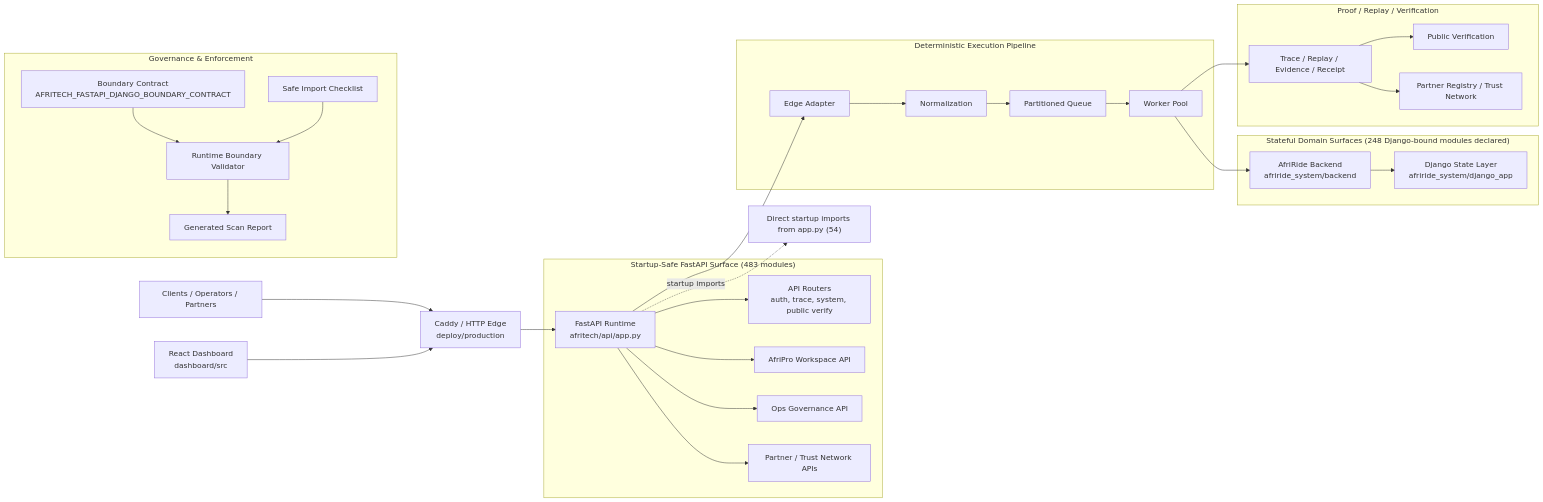
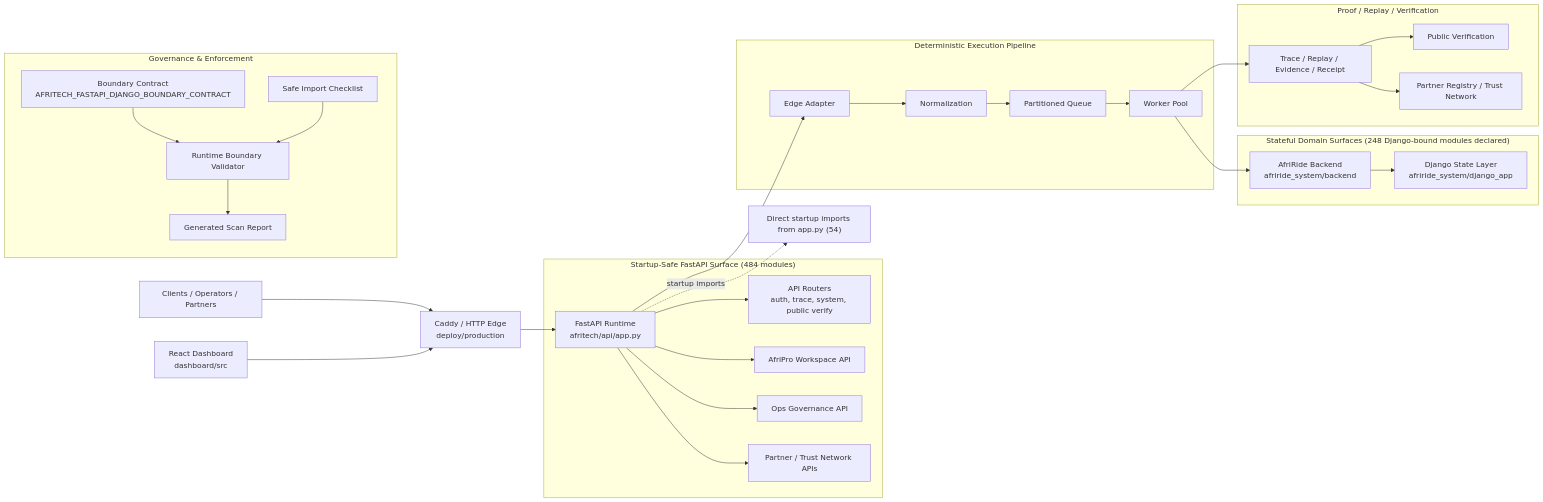
The first of 2 diagrams in docs/architecture/AFRITECH_FULL_ARCHITECTURE_GRAPH.md (Strelly2023/afritelematics), drawn with Mermaid before and after one commit. The commit also changed other lines of this file and 7 other files, not shown here.

Commit message:
Centralize NovaRide architecture contract

````diff
--- a/docs/architecture/AFRITECH_FULL_ARCHITECTURE_GRAPH.md
+++ b/docs/architecture/AFRITECH_FULL_ARCHITECTURE_GRAPH.md
@@ -22,39 +22,39 @@
 ```mermaid
 flowchart LR
     Client["Clients / Operators / Partners"] --> Edge["Caddy / HTTP Edge\ndeploy/production"]
     Dashboard["React Dashboard\ndashboard/src"] --> Edge
     Edge --> App["FastAPI Runtime\nafritech/api/app.py"]
 
-    subgraph FastAPI["Startup-Safe FastAPI Surface (483 modules)"]
+    subgraph FastAPI["Startup-Safe FastAPI Surface (484 modules)"]
         App --> Api["API Routers\nauth, trace, system, public verify"]
         App --> Workspace["AfriPro Workspace API"]
         App --> Governance["Ops Governance API"]
         App --> Trust["Partner / Trust Network APIs"]
     end
 
     subgraph Pipeline["Deterministic Execution Pipeline"]
         App --> Adapt["Edge Adapter"]
         Adapt --> Normalize["Normalization"]
         Normalize --> Queue["Partitioned Queue"]
         Queue --> Worker["Worker Pool"]
     end
 
     subgraph State["Stateful Domain Surfaces (248 Django-bound modules declared)"]
         Worker --> Domain["AfriRide Backend\nafriride_system/backend"]
         Domain --> Django["Django State Layer\nafriride_system/django_app"]
     end
 
     subgraph Proof["Proof / Replay / Verification"]
         Worker --> Trace["Trace / Replay / Evidence / Receipt"]
         Trace --> Public["Public Verification"]
         Trace --> Registry["Partner Registry / Trust Network"]
     end
 
     subgraph GovernancePlane["Governance & Enforcement"]
         Contract["Boundary Contract\nAFRITECH_FASTAPI_DJANGO_BOUNDARY_CONTRACT"] --> Validator["Runtime Boundary Validator"]
         Checklist["Safe Import Checklist"] --> Validator
         Validator --> Review["Generated Scan Report"]
     end
 
     App -. startup imports .-> Imports["Direct startup imports from app.py (54)"]
 ```
````
